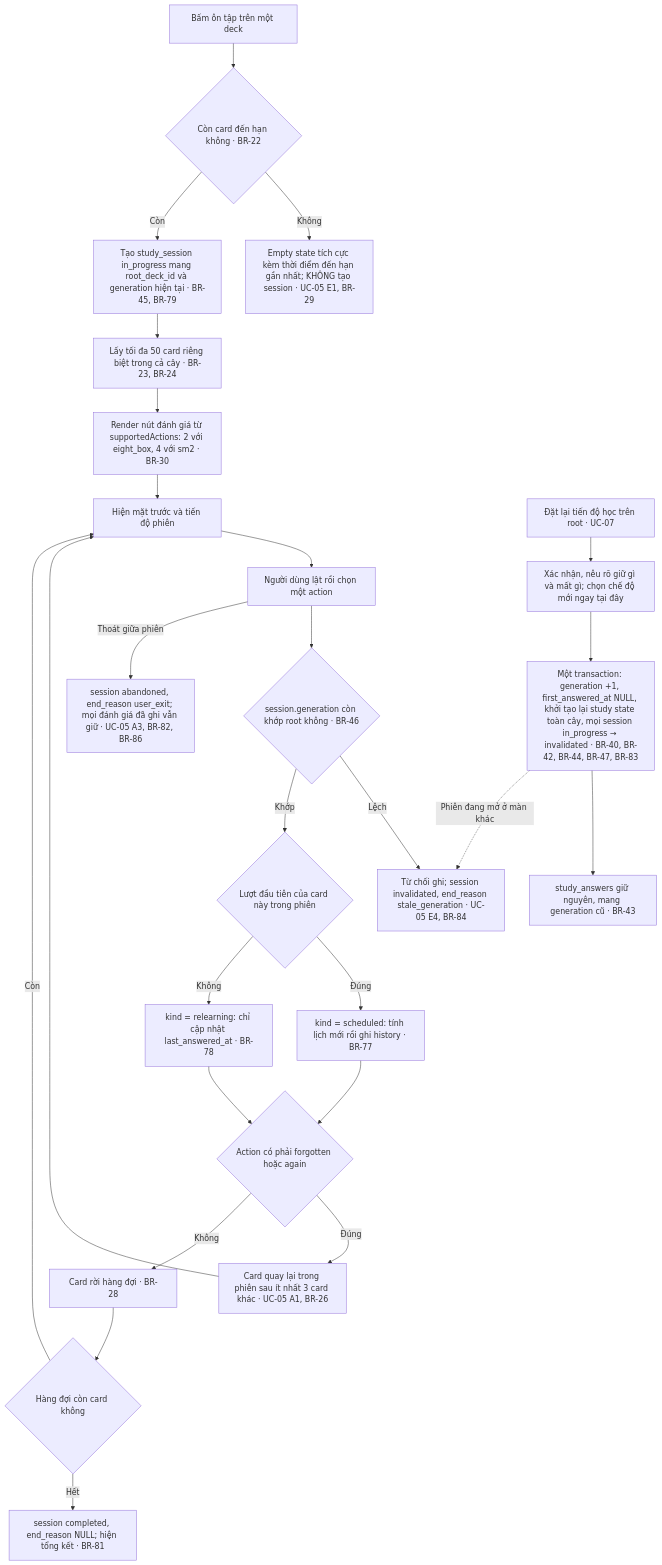
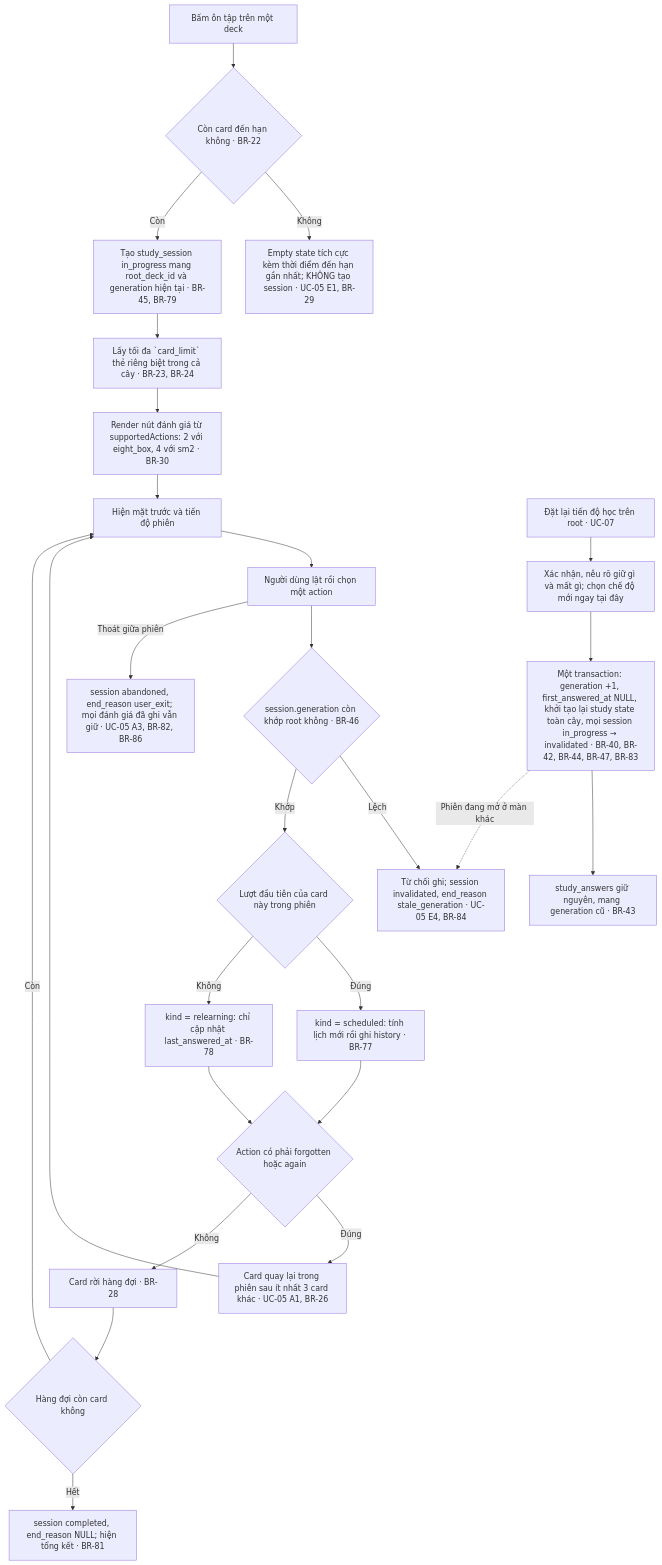
One commit to ntgptit/memox-v7 changed the fourth of 4 diagrams in docs/master-flow.md. Above: the diagram before and after it, drawn with Mermaid. The commit also changed other lines of this file and 5 other files, not shown here.

First line of the commit message:
docs(study): the card limit belongs to the session, defaults to 20, and is stored on it

````diff
--- a/docs/master-flow.md
+++ b/docs/master-flow.md
@@ -165,32 +165,32 @@
 ```mermaid
 flowchart TD
     A["Bấm ôn tập trên một deck"] --> B{"Còn card đến hạn không · BR-22"}
     B -->|"Không"| B1["Empty state tích cực kèm thời điểm đến hạn gần nhất; KHÔNG tạo session · UC-05 E1, BR-29"]
     B -->|"Còn"| C["Tạo study_session in_progress mang root_deck_id và generation hiện tại · BR-45, BR-79"]
-    C --> D["Lấy tối đa 50 card riêng biệt trong cả cây · BR-23, BR-24"]
+    C --> D["Lấy tối đa `card_limit` thẻ riêng biệt trong cả cây · BR-23, BR-24"]
     D --> E["Render nút đánh giá từ supportedActions: 2 với eight_box, 4 với sm2 · BR-30"]
     E --> F["Hiện mặt trước và tiến độ phiên"]
     F --> G["Người dùng lật rồi chọn một action"]
 
     G --> H{"session.generation còn khớp root không · BR-46"}
     H -->|"Lệch"| H1["Từ chối ghi; session invalidated, end_reason stale_generation · UC-05 E4, BR-84"]
     H -->|"Khớp"| I{"Lượt đầu tiên của card này trong phiên"}
     I -->|"Đúng"| J["kind = scheduled: tính lịch mới rồi ghi history · BR-77"]
     I -->|"Không"| K["kind = relearning: chỉ cập nhật last_answered_at · BR-78"]
 
     J --> L{"Action có phải forgotten hoặc again"}
     K --> L
     L -->|"Đúng"| M["Card quay lại trong phiên sau ít nhất 3 card khác · UC-05 A1, BR-26"]
     L -->|"Không"| N["Card rời hàng đợi · BR-28"]
     M --> F
     N --> O{"Hàng đợi còn card không"}
     O -->|"Còn"| F
     O -->|"Hết"| P["session completed, end_reason NULL; hiện tổng kết · BR-81"]
 
     G -->|"Thoát giữa phiên"| Q["session abandoned, end_reason user_exit; mọi đánh giá đã ghi vẫn giữ · UC-05 A3, BR-82, BR-86"]
 
     R["Đặt lại tiến độ học trên root · UC-07"] --> S["Xác nhận, nêu rõ giữ gì và mất gì; chọn chế độ mới ngay tại đây"]
     S --> T["Một transaction: generation +1, first_answered_at NULL, khởi tạo lại study state toàn cây, mọi session in_progress → invalidated · BR-40, BR-42, BR-44, BR-47, BR-83"]
     T --> U["study_answers giữ nguyên, mang generation cũ · BR-43"]
     T -.->|"Phiên đang mở ở màn khác"| H1
 ```
````
